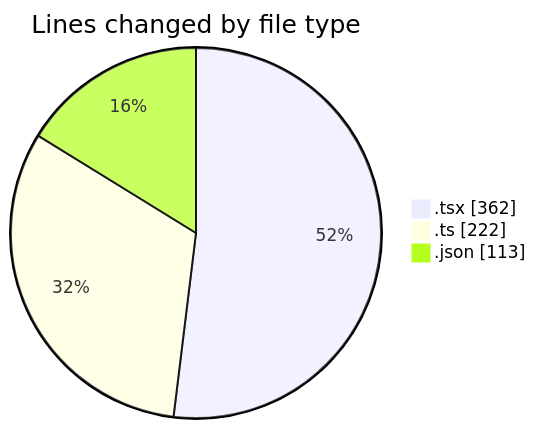
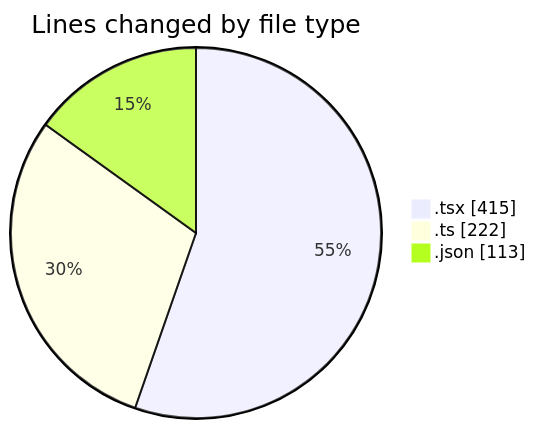
The first of 2 diagrams in 2025-02-23/pdf-analysis-app/README.md (momahboobian/code-tracking), drawn with Mermaid before and after one commit. The commit also changed other lines of this file and 1 other file, not shown here.

````diff
--- a/2025-02-23/pdf-analysis-app/README.md
+++ b/2025-02-23/pdf-analysis-app/README.md
@@ -28,7 +28,7 @@
 ```mermaid
 pie showData
 title Lines changed by file type
-".tsx" : 362
+".tsx" : 415
 ".ts" : 222
 ".json" : 113
 ```
````
